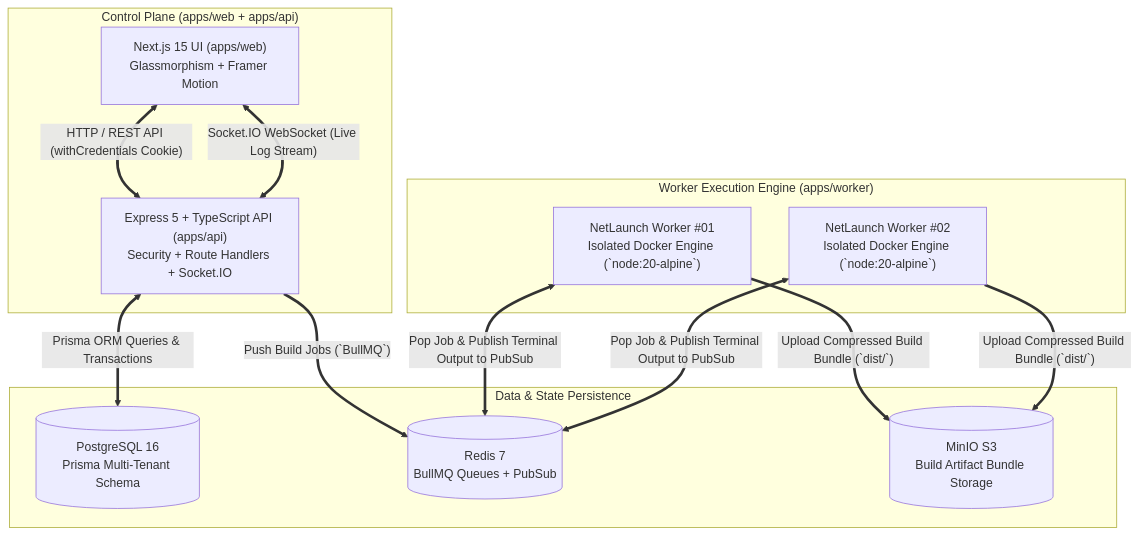
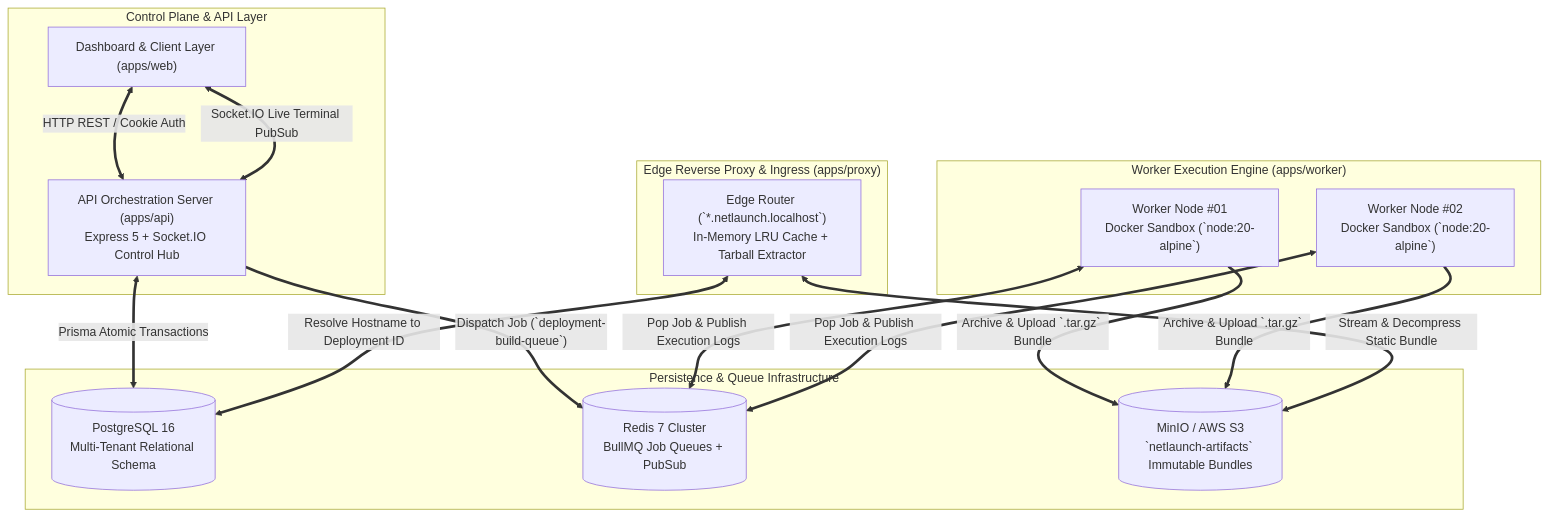
The diagram in README.md (M-ayank2005/NetLaunch), drawn with Mermaid before and after one commit. The commit also changed other lines of this file and 1 other file, not shown here.

````diff
--- a/README.md
+++ b/README.md
@@ -18,27 +18,33 @@
 ```mermaid
 graph TD
-    subgraph Control_Plane ["Control Plane (apps/web + apps/api)"]
-        UI["Next.js 15 UI (apps/web)\nGlassmorphism + Framer Motion"]
-        API["Express 5 + TypeScript API (apps/api)\nSecurity + Route Handlers + Socket.IO"]
+    subgraph Control_Plane ["Control Plane & API Layer"]
+        UI["Dashboard & Client Layer (apps/web)"]
+        API["API Orchestration Server (apps/api)\nExpress 5 + Socket.IO Control Hub"]
     end
 
-    subgraph Persistence_Layer ["Data & State Persistence"]
-        PG[(PostgreSQL 16\nPrisma Multi-Tenant Schema)]
-        Redis[(Redis 7\nBullMQ Queues + PubSub)]
-        MinIO[(MinIO S3\nBuild Artifact Bundle Storage)]
+    subgraph Broker_And_Storage ["Persistence & Queue Infrastructure"]
+        PG[(PostgreSQL 16\nMulti-Tenant Relational Schema)]
+        Redis[(Redis 7 Cluster\nBullMQ Job Queues + PubSub)]
+        MinIO[(MinIO / AWS S3\n`netlaunch-artifacts` Immutable Bundles)]
     end
 
-    subgraph Build_Engine ["Worker Execution Engine (apps/worker)"]
-        Worker1["NetLaunch Worker #01\nIsolated Docker Engine (`node:20-alpine`)"]
-        Worker2["NetLaunch Worker #02\nIsolated Docker Engine (`node:20-alpine`)"]
+    subgraph Build_Workers ["Worker Execution Engine (apps/worker)"]
+        Worker1["Worker Node #01\nDocker Sandbox (`node:20-alpine`)"]
+        Worker2["Worker Node #02\nDocker Sandbox (`node:20-alpine`)"]
     end
 
-    UI <== "HTTP / REST API (withCredentials Cookie)" ==> API
-    UI <== "Socket.IO WebSocket (Live Log Stream)" ==> API
-    API <== "Prisma ORM Queries & Transactions" ==> PG
-    API == "Push Build Jobs (`BullMQ`)" ==> Redis
-    Worker1 <== "Pop Job & Publish Terminal Output to PubSub" ==> Redis
-    Worker2 <== "Pop Job & Publish Terminal Output to PubSub" ==> Redis
-    Worker1 == "Upload Compressed Build Bundle (`dist/`)" ==> MinIO
-    Worker2 == "Upload Compressed Build Bundle (`dist/`)" ==> MinIO
+    subgraph Edge_Ingress ["Edge Reverse Proxy & Ingress (apps/proxy)"]
+        Proxy["Edge Router (`*.netlaunch.localhost`)\nIn-Memory LRU Cache + Tarball Extractor"]
+    end
+
+    UI <== "HTTP REST / Cookie Auth" ==> API
+    UI <== "Socket.IO Live Terminal PubSub" ==> API
+    API <== "Prisma Atomic Transactions" ==> PG
+    API == "Dispatch Job (`deployment-build-queue`)" ==> Redis
+    Worker1 <== "Pop Job & Publish Execution Logs" ==> Redis
+    Worker2 <== "Pop Job & Publish Execution Logs" ==> Redis
+    Worker1 == "Archive & Upload `.tar.gz` Bundle" ==> MinIO
+    Worker2 == "Archive & Upload `.tar.gz` Bundle" ==> MinIO
+    Proxy <== "Resolve Hostname to Deployment ID" ==> PG
+    Proxy <== "Stream & Decompress Static Bundle" ==> MinIO
 ```
````
